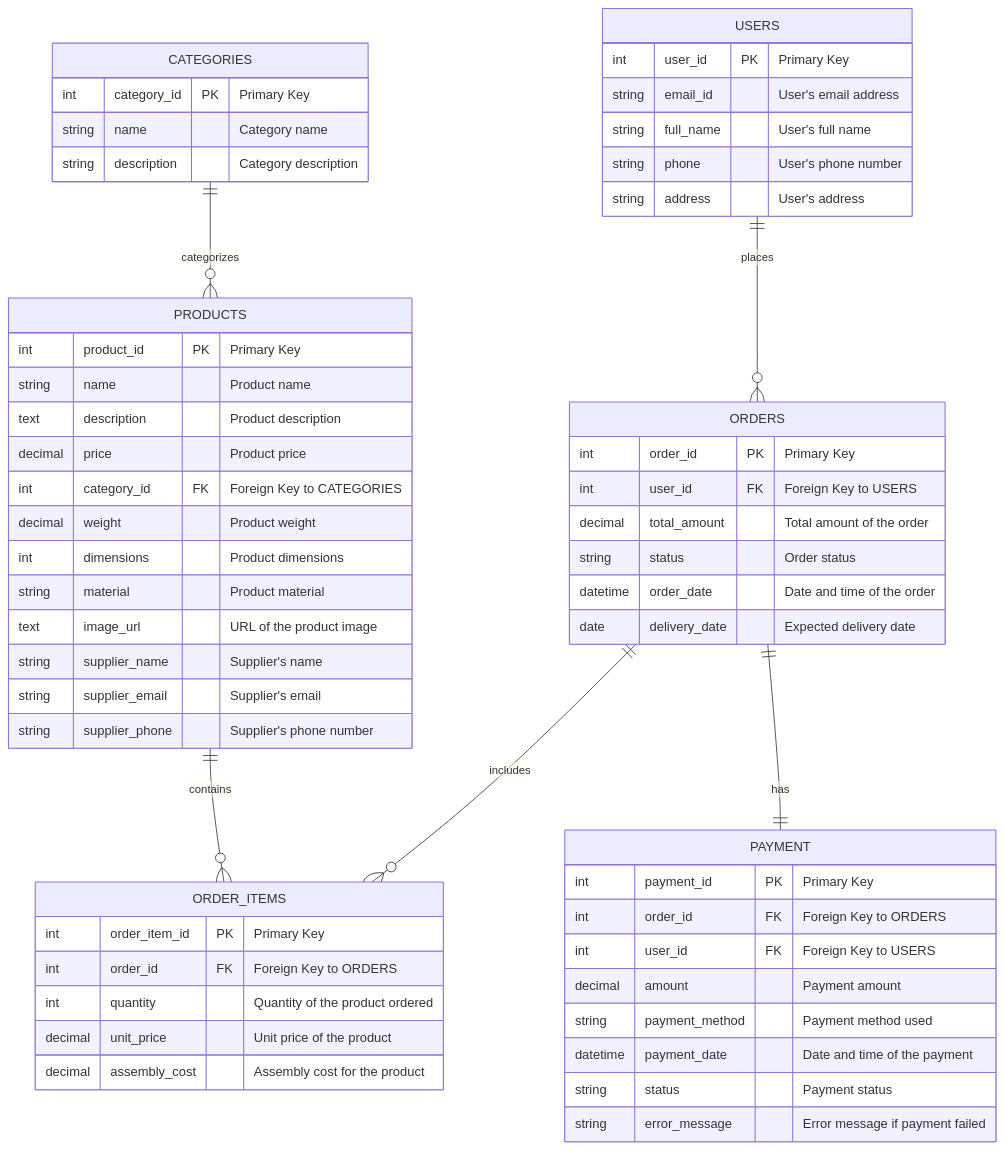
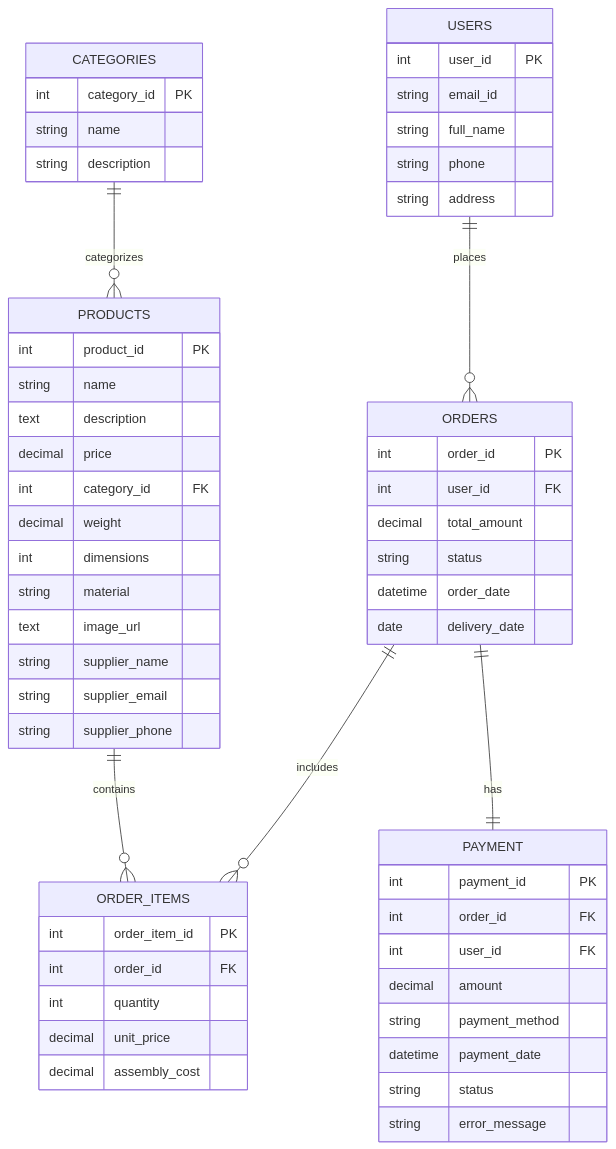
Before and after one commit to Akanksha-codes/furniture-webshop: the diagram in furniture_db_diagram.mermaid, drawn with Mermaid.

Commit message:
Update furniture_db_diagram.mermaid
reversed

```diff
--- a/furniture_db_diagram.mermaid
+++ b/furniture_db_diagram.mermaid
@@ -1,62 +1,61 @@
 erDiagram
-    USERS ||--o{ ORDERS : "places"
+    USERS ||--o{ ORDERS : places
     USERS {
-        int user_id PK "Primary Key"
-        string email_id "User's email address"
-        string full_name "User's full name"
-        string phone "User's phone number"
-        string address "User's address"
+        int user_id PK
+        string email_id
+        string full_name
+        string phone
+        string address
     }
 
-    PRODUCTS ||--o{ ORDER_ITEMS : "contains"
+    PRODUCTS ||--o{ ORDER_ITEMS : contains
     PRODUCTS {
-        int product_id PK "Primary Key"
-        string name "Product name"
-        text description "Product description"
-        decimal price "Product price"
-        int category_id FK "Foreign Key to CATEGORIES"
-        decimal weight "Product weight"
-        int dimensions "Product dimensions"
-        string material "Product material"
-        text image_url "URL of the product image"
-        string supplier_name "Supplier's name"
-        string supplier_email "Supplier's email"
-        string supplier_phone "Supplier's phone number"
+        int product_id PK
+        string name
+        text description
+        decimal price
+        int category_id FK
+        decimal weight
+        int dimensions
+        string material
+        text image_url
+        string supplier_name
+        string supplier_email
+        string supplier_phone
+    }
+   CATEGORIES ||--o{ PRODUCTS : categorizes
+    CATEGORIES {
+        int category_id PK
+        string name
+        string description
     }
 
-    CATEGORIES ||--o{ PRODUCTS : "categorizes"
-    CATEGORIES {
-        int category_id PK "Primary Key"
-        string name "Category name"
-        string description "Category description"
-    }
-
-    ORDERS ||--o{ ORDER_ITEMS : "includes"
-    ORDERS ||--|| PAYMENT : "has"
+    ORDERS ||--o{ ORDER_ITEMS : includes
+    ORDERS ||--|| PAYMENT : has
     ORDERS {
-        int order_id PK "Primary Key"
-        int user_id FK "Foreign Key to USERS"
-        decimal total_amount "Total amount of the order"
-        string status "Order status"
-        datetime order_date "Date and time of the order"
-        date delivery_date "Expected delivery date"
+        int order_id PK
+        int user_id FK
+        decimal total_amount
+        string status
+        datetime order_date
+        date delivery_date
     }
 
     PAYMENT {
-        int payment_id PK "Primary Key"
-        int order_id FK "Foreign Key to ORDERS"
-        int user_id FK "Foreign Key to USERS"
-        decimal amount "Payment amount"
-        string payment_method "Payment method used"
-        datetime payment_date "Date and time of the payment"
-        string status "Payment status"
-        string error_message "Error message if payment failed"
+        int payment_id PK
+        int order_id FK
+        int user_id FK
+        decimal amount
+        string payment_method
+        datetime payment_date
+        string status
+        string error_message
     }
 
     ORDER_ITEMS {
-        int order_item_id PK "Primary Key"
-        int order_id FK "Foreign Key to ORDERS"
-        int quantity "Quantity of the product ordered"
-        decimal unit_price "Unit price of the product"
-        decimal assembly_cost "Assembly cost for the product"
+        int order_item_id PK
+        int order_id FK
+        int quantity
+        decimal unit_price
+        decimal assembly_cost
     }
```
